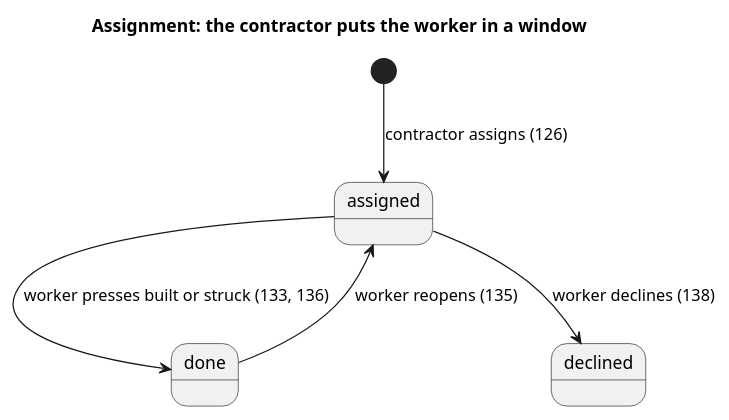
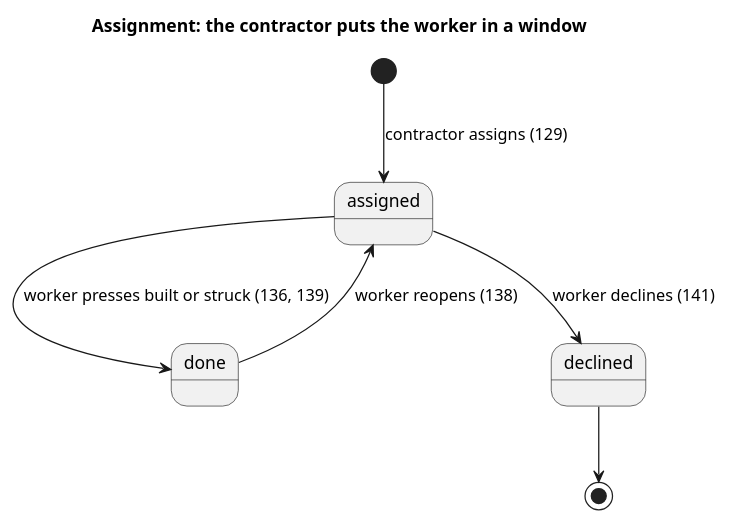
One commit to blueshed/dzql changed the diagram in uml/londons/src/assignment.puml. Above: the diagram before and after it, drawn with PlantUML. The commit also changed 10 other files, not shown here.

```diff
--- a/uml/londons/src/assignment.puml
+++ b/uml/londons/src/assignment.puml
@@ -1,7 +1,8 @@
 @startuml
 title Assignment: the contractor puts the worker in a window
-[*] --> assigned : contractor assigns (126)
-assigned --> done : worker presses built or struck (133, 136)
-done --> assigned : worker reopens (135)
-assigned --> declined : worker declines (138)
+[*] --> assigned : contractor assigns (129)
+assigned --> done : worker presses built or struck (136, 139)
+done --> assigned : worker reopens (138)
+assigned --> declined : worker declines (141)
+declined --> [*]
 @enduml
```
